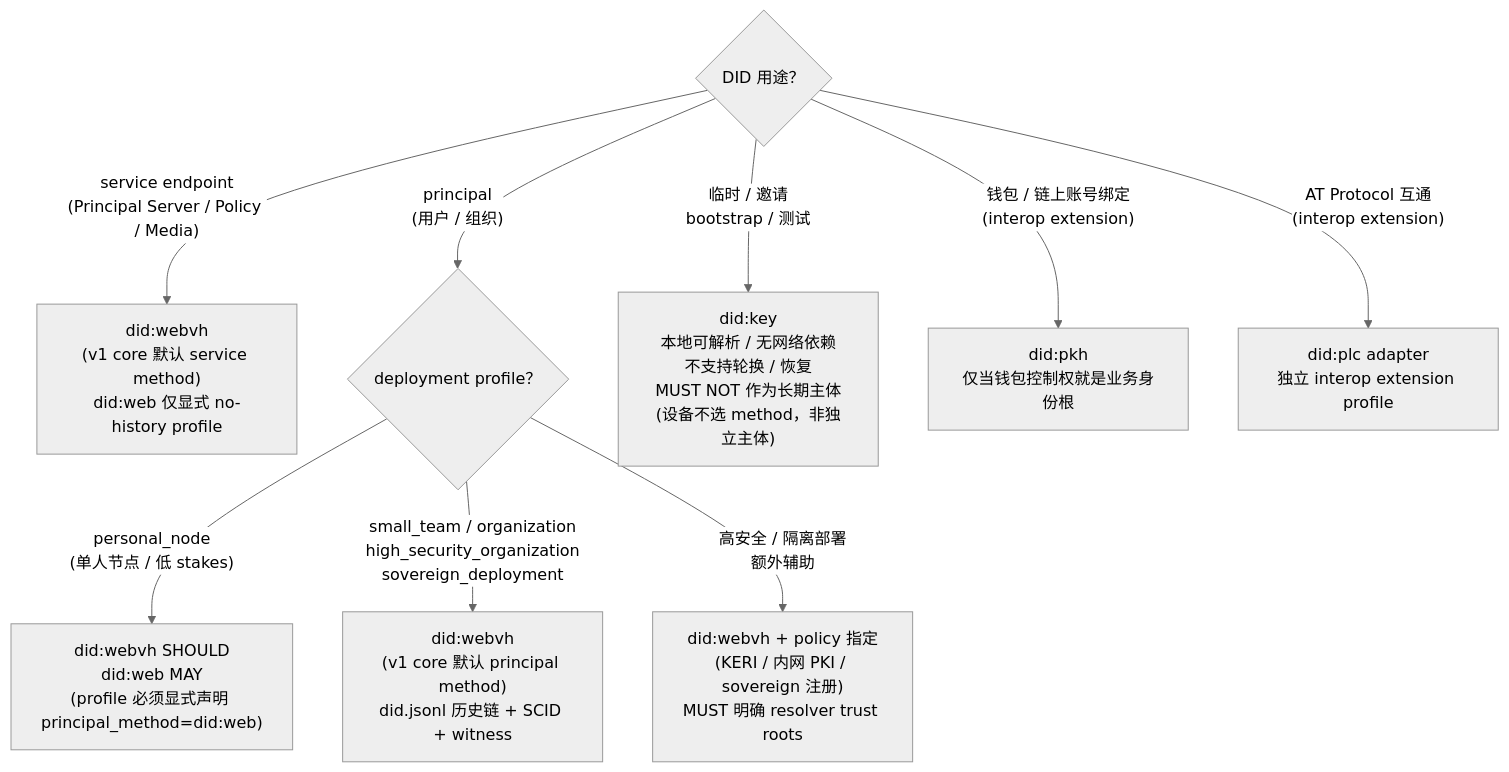
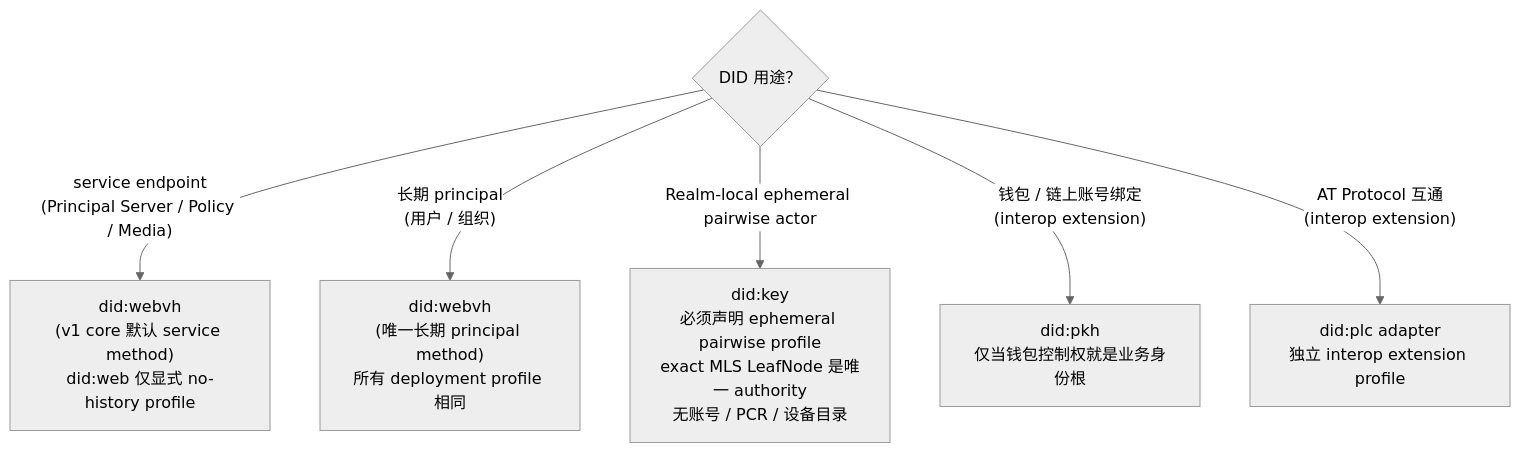
The diagram in spec/v1/zh/identity/identity-did.md (arkret-org/arkret-spec), drawn with Mermaid (neutral theme) before and after one commit. The commit also changed other lines of this file and 273 other files, not shown here.

````diff
--- a/spec/v1/zh/identity/identity-did.md
+++ b/spec/v1/zh/identity/identity-did.md
@@ -113,20 +150,15 @@
 ```mermaid
 flowchart TB
     Q1{"DID 用途？"}
 
     Q1 -- "service endpoint<br/>(Principal Server / Policy / Media)" --> SVC["did:webvh<br/>(v1 core 默认 service method)<br/>did:web 仅显式 no-history profile"]
 
-    Q1 -- "principal<br/>(用户 / 组织)" --> Q2{"deployment profile？"}
+    Q1 -- "长期 principal<br/>(用户 / 组织)" --> PRINCIPAL["did:webvh<br/>(唯一长期 principal method)<br/>所有 deployment profile 相同"]
 
-    Q1 -- "临时 / 邀请<br/>bootstrap / 测试" --> KEY["did:key<br/>本地可解析 / 无网络依赖<br/>不支持轮换 / 恢复<br/>MUST NOT 作为长期主体<br/>(设备不选 method，非独立主体)"]
+    Q1 -- "Realm-local ephemeral pairwise actor" --> KEY["did:key<br/>必须声明 ephemeral pairwise profile<br/>exact MLS LeafNode 是唯一 authority<br/>无账号 / PCR / 设备目录"]
 
     Q1 -- "钱包 / 链上账号绑定<br/>(interop extension)" --> PKH["did:pkh<br/>仅当钱包控制权就是业务身份根"]
 
     Q1 -- "AT Protocol 互通<br/>(interop extension)" --> PLC["did:plc adapter<br/>独立 interop extension profile"]
 
-    Q2 -- "personal_node<br/>(单人节点 / 低 stakes)" --> PN["did:webvh SHOULD<br/>did:web MAY<br/>(profile 必须显式声明 principal_method=did:web)"]
-
-    Q2 -- "small_team / organization<br/>high_security_organization<br/>sovereign_deployment" --> ORG["did:webvh<br/>(v1 core 默认 principal method)<br/>did.jsonl 历史链 + SCID + witness"]
-
-    Q2 -- "高安全 / 隔离部署<br/>额外辅助" --> EXTRA["did:webvh + policy 指定<br/>(KERI / 内网 PKI / sovereign 注册)<br/>MUST 明确 resolver trust roots"]
 ```
````
